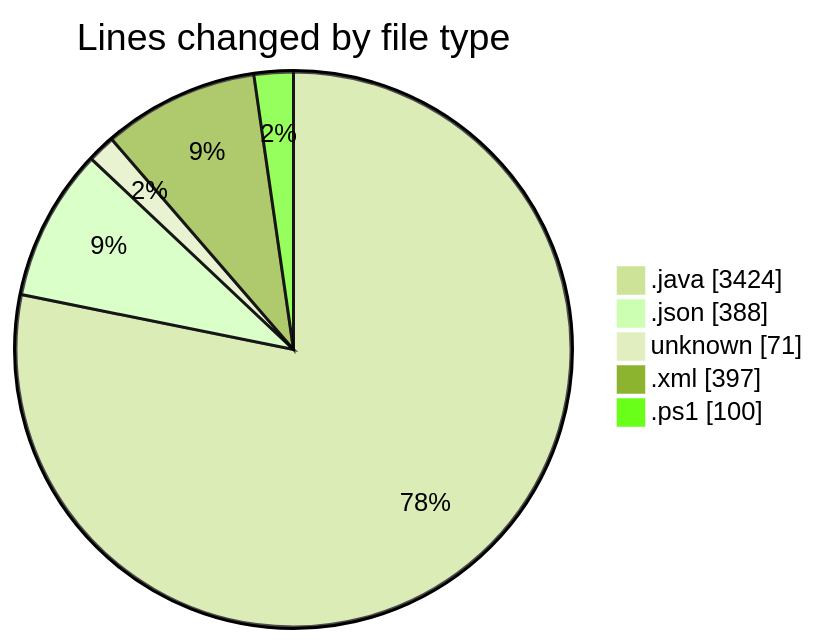
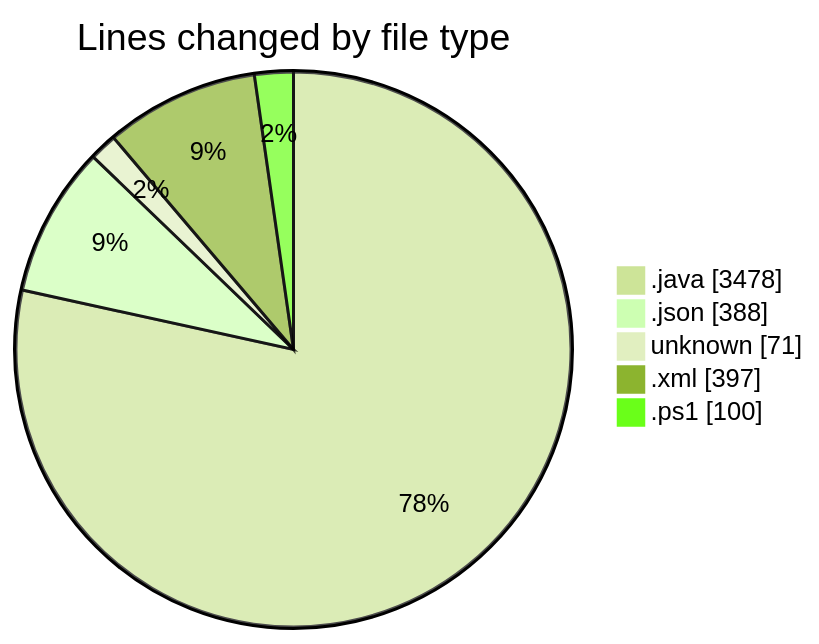
The first of 2 diagrams in 2025-02-25/micros/README.md (charlie-sans/code-tracking), drawn with Mermaid (forest theme) before and after one commit. The commit also changed other lines of this file and 1 other file, not shown here.

````diff
--- a/2025-02-25/micros/README.md
+++ b/2025-02-25/micros/README.md
@@ -33,9 +34,9 @@
 ```mermaid
 pie showData
 title Lines changed by file type
-".java" : 3424
+".java" : 3478
 ".json" : 388
 "unknown" : 71
 ".xml" : 397
 ".ps1" : 100
 ```
````
